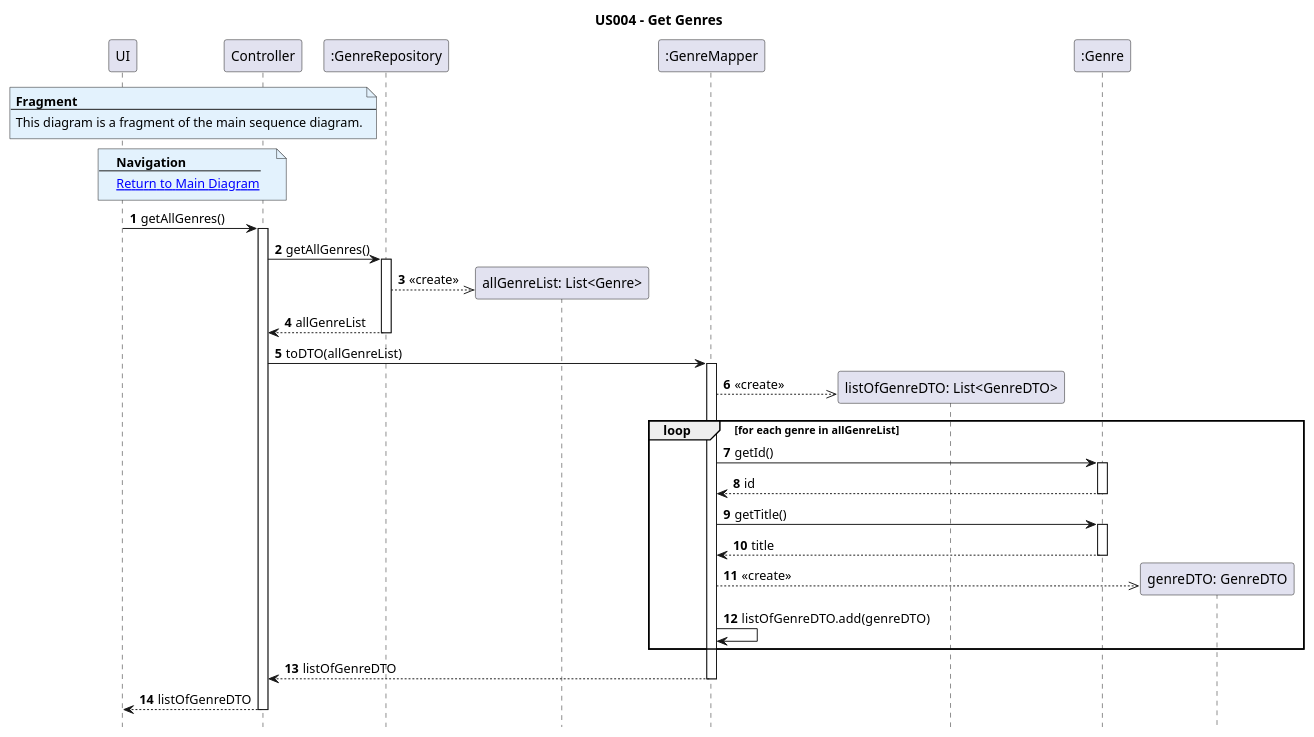
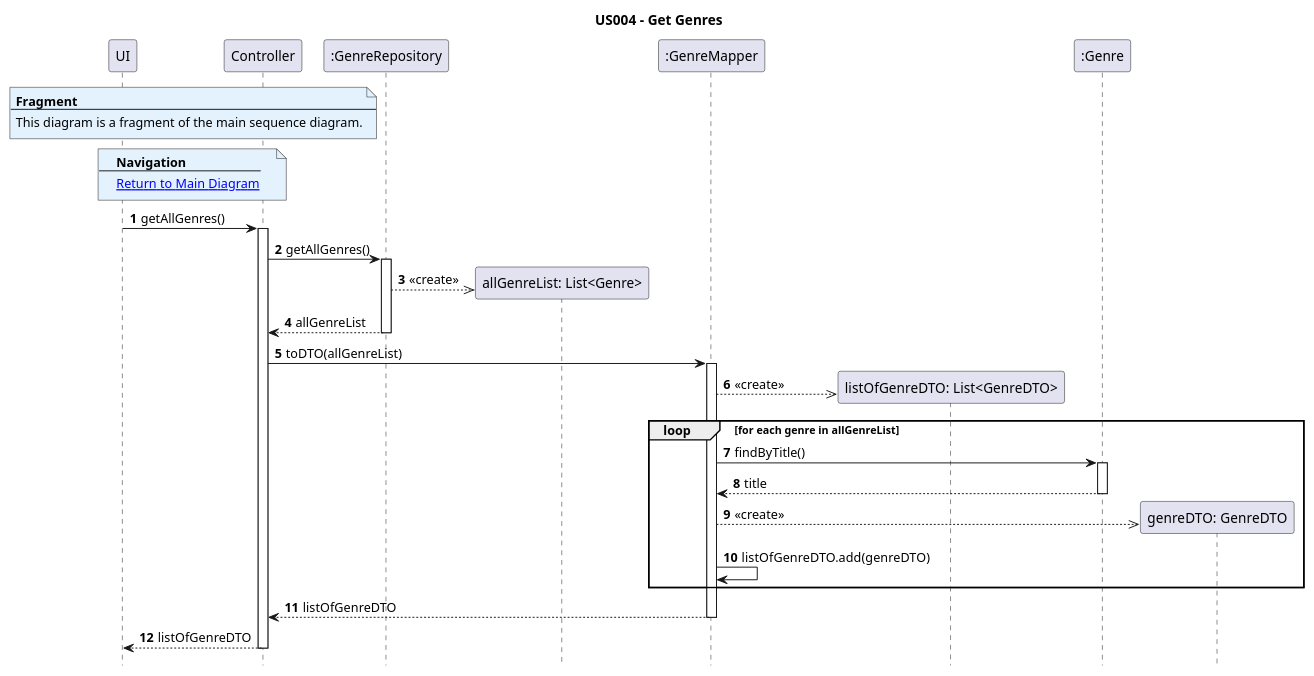
One commit to AndrePereiraGitH/SWitCH-Project-Team_A changed the diagram in Diagrams/SequenceDiagrams/N2/US004-to-register-an-Appraisal-Entity/2.GetGenres.puml. Above: the diagram before and after it, drawn with PlantUML. The commit also changed 4 other files, not shown here.

Commit message:
refactor #431: restructure diagrams and apply DDD

```diff
--- a/Diagrams/SequenceDiagrams/N2/US004-to-register-an-Appraisal-Entity/2.GetGenres.puml
+++ b/Diagrams/SequenceDiagrams/N2/US004-to-register-an-Appraisal-Entity/2.GetGenres.puml
@@ -1,62 +1,62 @@
 @startuml
 hide footbox
 autonumber
 
 title US004 - Get Genres
 
 note over UI, Controller #E3F2FD
 <b>Fragment</b>
 ---
 This diagram is a fragment of the main sequence diagram.
 end note
 
 note over UI, Controller #E3F2FD
 <b>Navigation</b>
 ---
 [[1.MainDiagram.puml Return to Main Diagram]]
 end note
 
 participant ":UI004" as UI
 participant ":US004ToRegisterAppraisalEntityController" as Controller
 participant ":GenreRepository" as GenreRepo
 participant "allGenreList: List<Genre>" as allGenreList
 participant ":GenreMapper" as GenreMapper
 participant "listOfGenreDTO: List<GenreDTO>" as listOfGenreDTO
 participant ":Genre" as Genre
 participant "genreDTO: GenreDTO" as genreDTO
 
 UI -> Controller : getAllGenres()
 activate Controller
 
 Controller -> GenreRepo : getAllGenres()
 activate GenreRepo
 GenreRepo -->> allGenreList ** : <<create>>
 GenreRepo --> Controller : allGenreList
 deactivate GenreRepo
 
 Controller -> GenreMapper : toDTO(allGenreList)
 activate GenreMapper
 GenreMapper -->> listOfGenreDTO ** : <<create>>
 
 loop for each genre in allGenreList
-    GenreMapper -> Genre : getId()
-    activate Genre
-    Genre --> GenreMapper : id
-    deactivate Genre
+'    GenreMapper -> Genre : getId()
+'    activate Genre
+'    Genre --> GenreMapper : id
+'    deactivate Genre
 
-    GenreMapper -> Genre : getTitle()
+    GenreMapper -> Genre : findByTitle()
     activate Genre
     Genre --> GenreMapper : title
     deactivate Genre
 
     GenreMapper -->> genreDTO ** : <<create>>
     GenreMapper -> GenreMapper : listOfGenreDTO.add(genreDTO)
 end
 
 GenreMapper --> Controller : listOfGenreDTO
 deactivate GenreMapper
 
 Controller --> UI : listOfGenreDTO
 deactivate Controller
 
 @enduml
```
